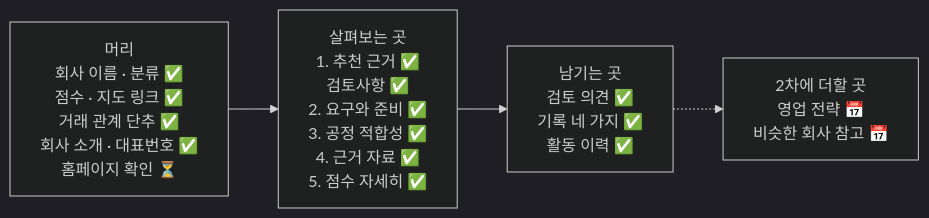
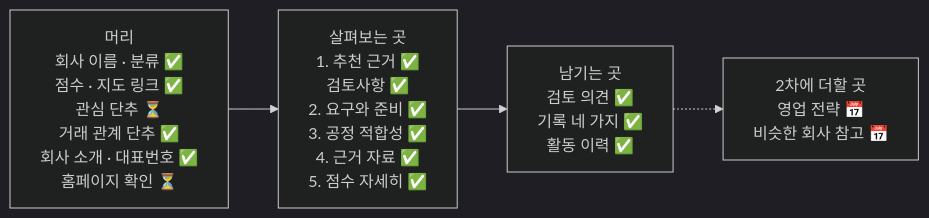
One commit to agent-ddalgi-team/final-geosan changed the third of 3 diagrams in docs/map/feature-map.md. Above: the diagram before and after it, drawn with Mermaid (dark theme). The commit also changed other lines of this file, not shown here.

````diff
--- a/docs/map/feature-map.md
+++ b/docs/map/feature-map.md
@@ -112,9 +115,9 @@
 ```mermaid
 flowchart LR
-    H["머리<br/>회사 이름 · 분류 ✅<br/>점수 · 지도 링크 ✅<br/>거래 관계 단추 ✅<br/>회사 소개 · 대표번호 ✅<br/>홈페이지 확인 ⏳"]
+    H["머리<br/>회사 이름 · 분류 ✅<br/>점수 · 지도 링크 ✅<br/>관심 단추 ⏳<br/>거래 관계 단추 ✅<br/>회사 소개 · 대표번호 ✅<br/>홈페이지 확인 ⏳"]
     R["살펴보는 곳<br/>1. 추천 근거 ✅<br/>검토사항 ✅<br/>2. 요구와 준비 ✅<br/>3. 공정 적합성 ✅<br/>4. 근거 자료 ✅<br/>5. 점수 자세히 ✅"]
     W["남기는 곳<br/>검토 의견 ✅<br/>기록 네 가지 ✅<br/>활동 이력 ✅"]
     K["2차에 더할 곳<br/>영업 전략 📅<br/>비슷한 회사 참고 📅"]
     H --> R --> W
     W -.-> K
 ```
````
